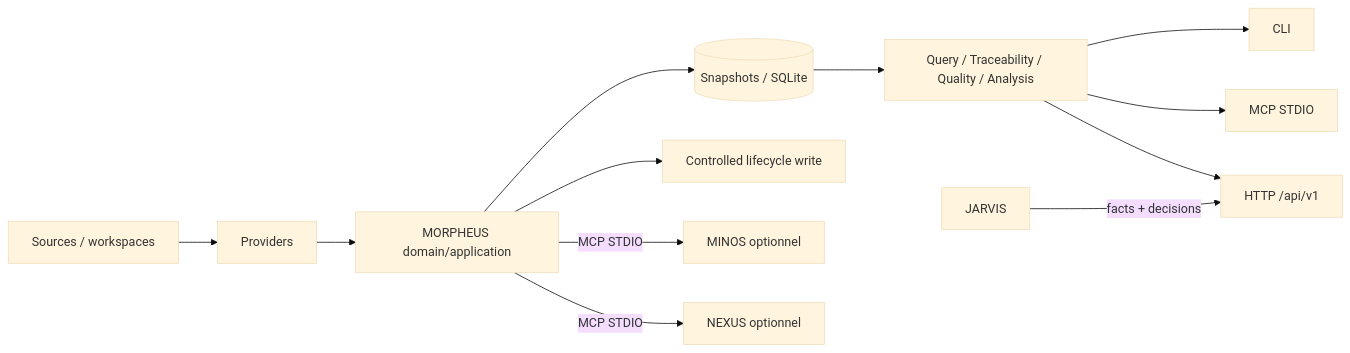
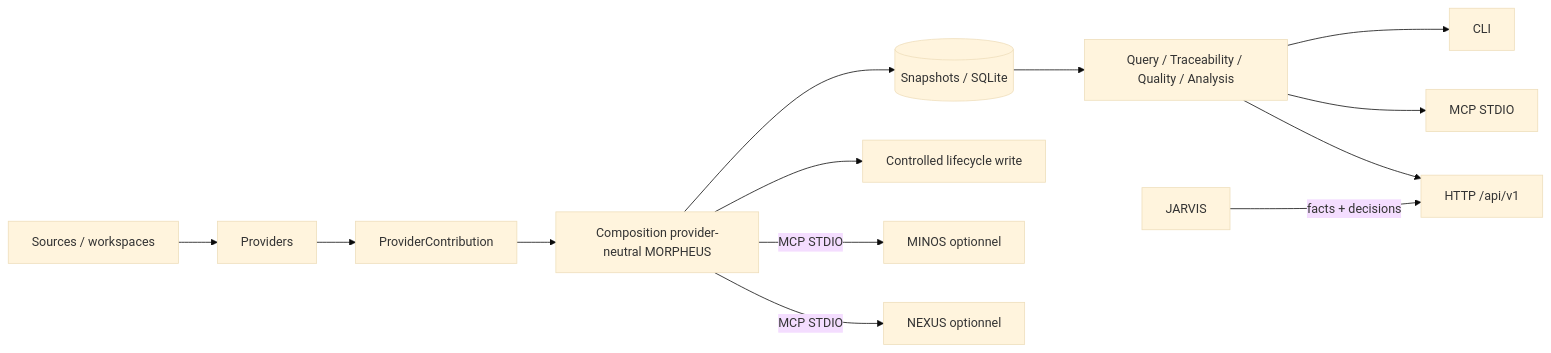
The third of 3 diagrams in docs/README.md (FTurleque/morpheus-engine), drawn with Mermaid (base theme) before and after one commit. The commit also changed other lines of this file, not shown here.

````diff
--- a/docs/README.md
+++ b/docs/README.md
@@ -58,14 +58,15 @@
 ```mermaid
 flowchart LR
     SRC[Sources / workspaces] --> P[Providers]
-    P --> M[MORPHEUS domain/application]
+    P --> C[ProviderContribution]
+    C --> M[Composition provider-neutral MORPHEUS]
     M --> S[(Snapshots / SQLite)]
     S --> Q[Query / Traceability / Quality / Analysis]
     Q --> CLI[CLI]
     Q --> MCP[MCP STDIO]
     Q --> API[HTTP /api/v1]
     M --> W[Controlled lifecycle write]
     M -->|MCP STDIO| MINOS[MINOS optionnel]
     M -->|MCP STDIO| NEXUS[NEXUS optionnel]
     J[JARVIS] -->|facts + decisions| API
 ```
````
